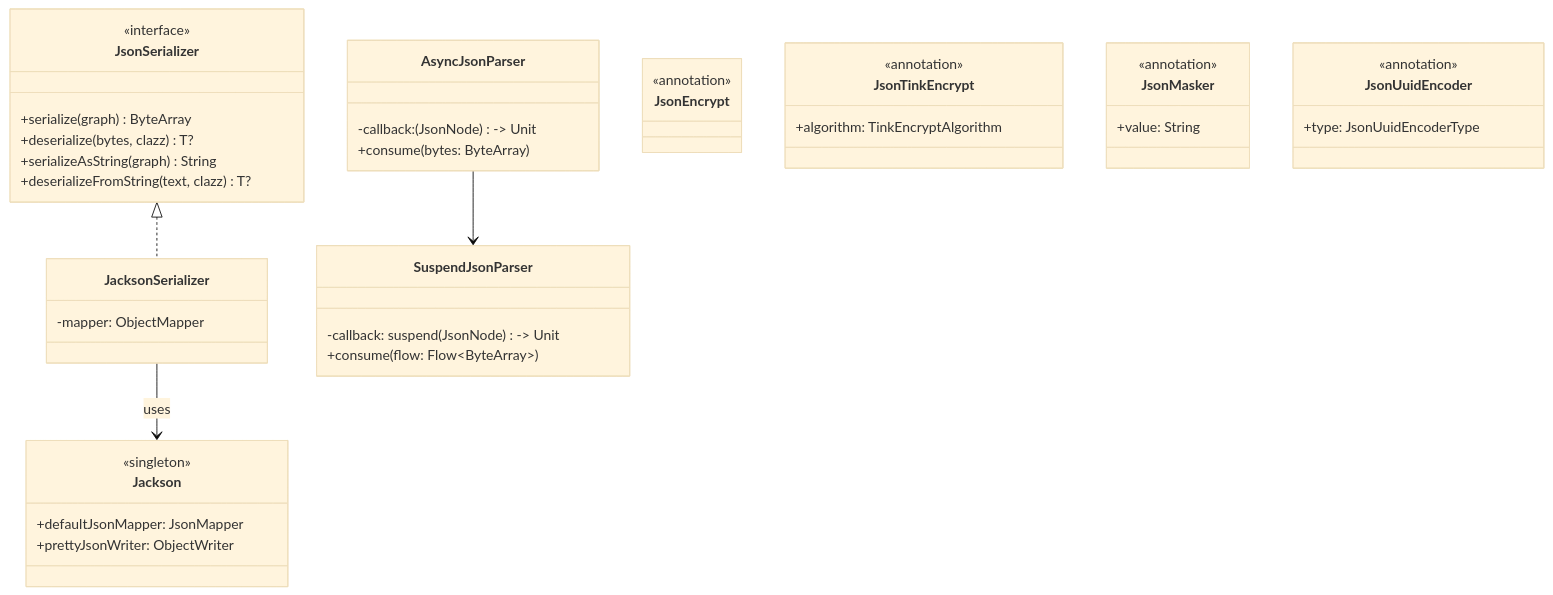
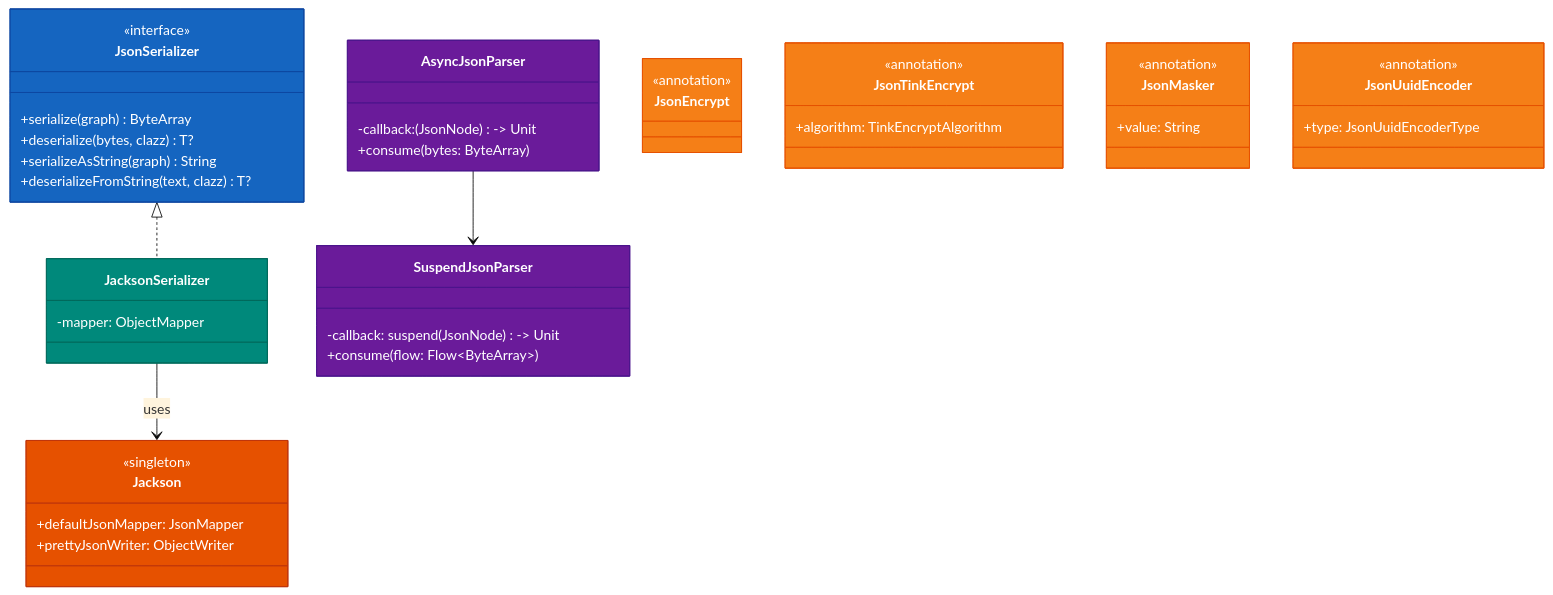
The first of 3 diagrams in io/jackson2/README.md (bluetape4k/bluetape4k-projects), drawn with Mermaid (base theme) before and after one commit. The commit also changed other lines of this file and 221 other files, not shown here.

First line of the commit message:
docs: 전체 모듈 README UML 다이어그램 보강 및 색상 업그레이드

````diff
--- a/io/jackson2/README.md
+++ b/io/jackson2/README.md
@@ -16,53 +16,63 @@
 ```mermaid
 classDiagram
     class JsonSerializer {
         <<interface>>
         +serialize(graph) ByteArray
         +deserialize(bytes, clazz) T?
         +serializeAsString(graph) String
         +deserializeFromString(text, clazz) T?
     }
 
     class JacksonSerializer {
         -mapper: ObjectMapper
     }
 
     class Jackson {
         <<singleton>>
         +defaultJsonMapper: JsonMapper
         +prettyJsonWriter: ObjectWriter
     }
 
     class AsyncJsonParser {
         -callback: (JsonNode) -> Unit
         +consume(bytes: ByteArray)
     }
 
     class SuspendJsonParser {
         -callback: suspend (JsonNode) -> Unit
         +consume(flow: Flow~ByteArray~)
     }
 
     class JsonEncrypt {
         <<annotation>>
     }
 
     class JsonTinkEncrypt {
         <<annotation>>
         +algorithm: TinkEncryptAlgorithm
     }
 
     class JsonMasker {
         <<annotation>>
         +value: String
     }
 
     class JsonUuidEncoder {
         <<annotation>>
         +type: JsonUuidEncoderType
     }
 
     JsonSerializer <|.. JacksonSerializer
     JacksonSerializer --> Jackson : uses
     AsyncJsonParser --> SuspendJsonParser
+
+    style JsonSerializer fill:#1565C0,stroke:#0D47A1,color:#FFFFFF
+    style JacksonSerializer fill:#00897B,stroke:#00695C,color:#FFFFFF
+    style Jackson fill:#E65100,stroke:#BF360C,color:#FFFFFF
+    style AsyncJsonParser fill:#6A1B9A,stroke:#4A148C,color:#FFFFFF
+    style SuspendJsonParser fill:#6A1B9A,stroke:#4A148C,color:#FFFFFF
+    style JsonEncrypt fill:#F57F17,stroke:#E65100,color:#FFFFFF
+    style JsonTinkEncrypt fill:#F57F17,stroke:#E65100,color:#FFFFFF
+    style JsonMasker fill:#F57F17,stroke:#E65100,color:#FFFFFF
+    style JsonUuidEncoder fill:#F57F17,stroke:#E65100,color:#FFFFFF
 ```
````
